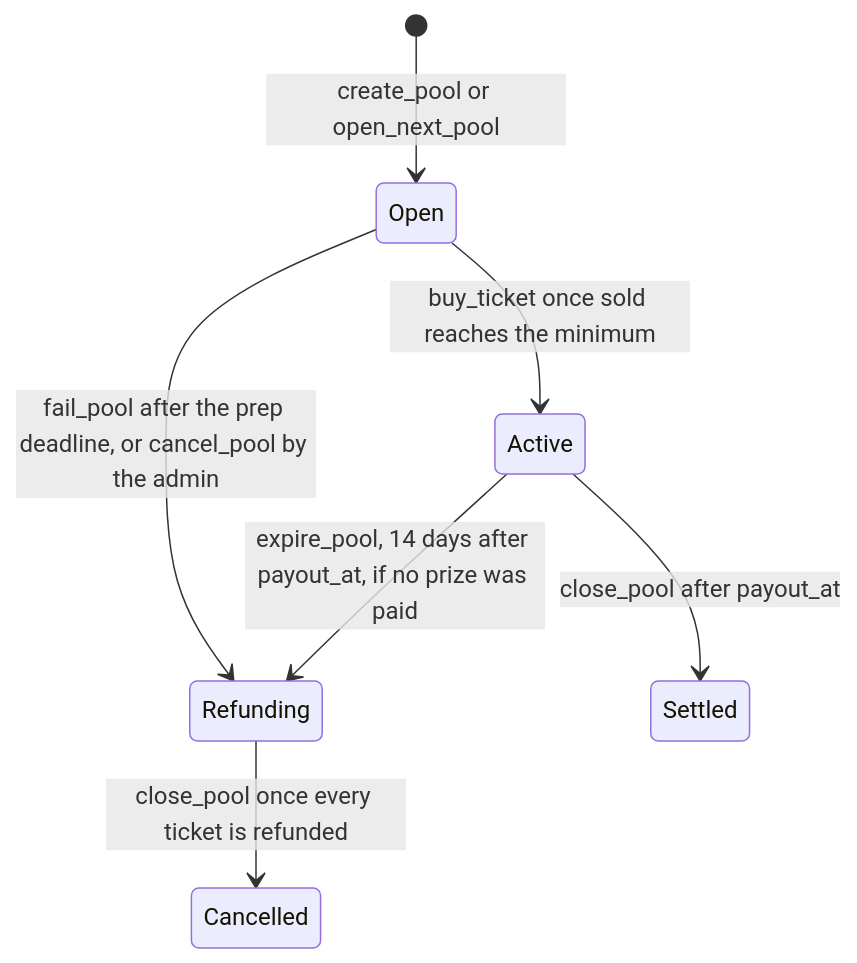
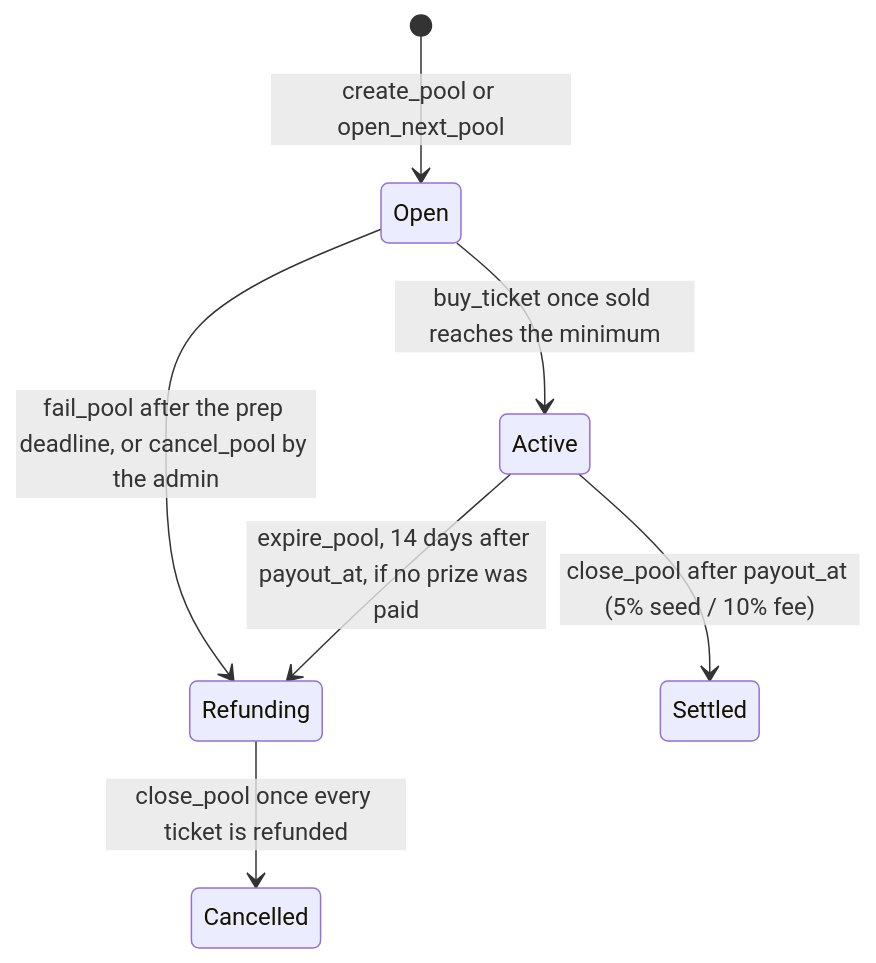
The second of 9 diagrams in README.md (recferret-bit/freightchain), drawn with Mermaid before and after one commit. The commit also changed other lines of this file and 16 other files, not shown here.

````diff
--- a/README.md
+++ b/README.md
@@ -233,9 +234,9 @@
 ```mermaid
 stateDiagram-v2
   [*] --> Open: create_pool or open_next_pool
   Open --> Active: buy_ticket once sold reaches the minimum
   Open --> Refunding: fail_pool after the prep deadline, or cancel_pool by the admin
   Active --> Refunding: expire_pool, 14 days after payout_at, if no prize was paid
-  Active --> Settled: close_pool after payout_at
+  Active --> Settled: close_pool after payout_at (5% seed / 10% fee)
   Refunding --> Cancelled: close_pool once every ticket is refunded
 ```
````
